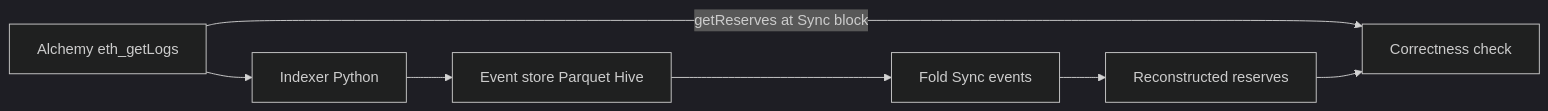
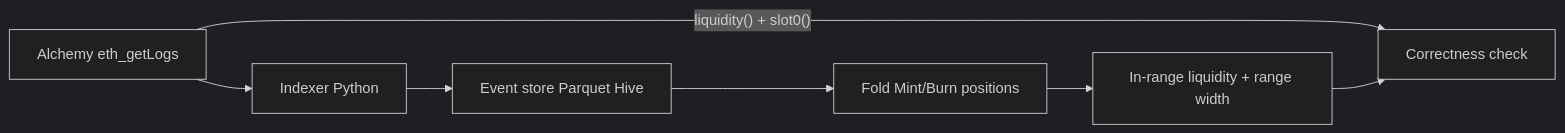
Before and after one commit to marioespinosaperales/lp-history-reconstructor: the diagram in README.md, drawn with Mermaid (dark theme). The commit also changed other lines of this file and 16 other files, not shown here.

Commit message:
feat: Uniswap V3 indexing with position fold and liquidity() verify

````diff
--- a/README.md
+++ b/README.md
@@ -7,9 +6,9 @@
 ```mermaid
 flowchart LR
     alchemy["Alchemy eth_getLogs"] --> indexer["Indexer Python"]
     indexer --> parquet["Event store Parquet Hive"]
-    parquet --> fold["Fold Sync events"]
-    fold --> state["Reconstructed reserves"]
-    alchemy -->|"getReserves at Sync block"| verify["Correctness check"]
+    parquet --> fold["Fold Mint/Burn positions"]
+    fold --> state["In-range liquidity + range width"]
+    alchemy -->|"liquidity() + slot0()"| verify["Correctness check"]
     state --> verify
 ```
````
